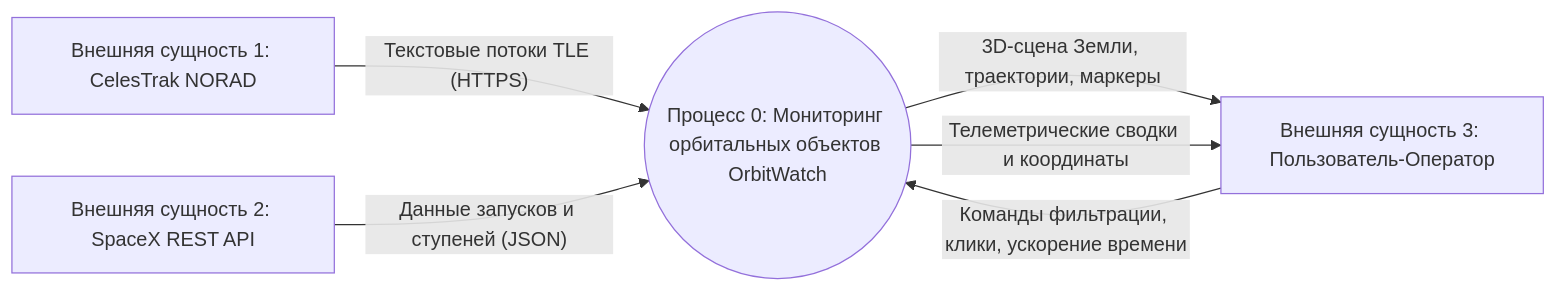
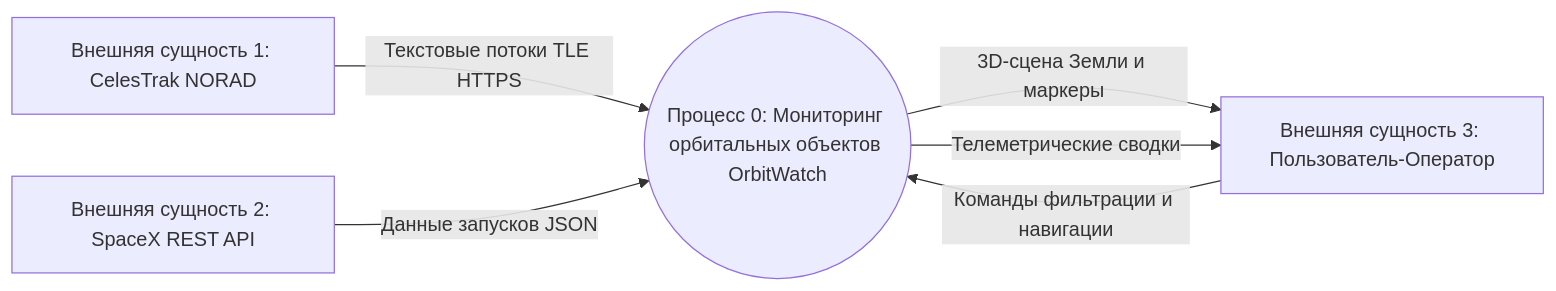
Before and after one commit to ajdan8017-pixel/OrbitWatch: the eighth of 9 diagrams in diagrams-overview.md, drawn with Mermaid. The commit also changed other lines of this file, not shown here.

````diff
--- a/diagrams-overview.md
+++ b/diagrams-overview.md
@@ -384,15 +384,15 @@
 ```mermaid
 graph LR
     CelesTrak[Внешняя сущность 1: CelesTrak NORAD]
     SpaceX[Внешняя сущность 2: SpaceX REST API]
     User[Внешняя сущность 3: Пользователь-Оператор]
     
     Sys((Процесс 0: Мониторинг орбитальных объектов OrbitWatch))
     
-    CelesTrak -- "Текстовые потоки TLE (HTTPS)" --> Sys
-    SpaceX -- "Данные запусков и ступеней (JSON)" --> Sys
-    User -- "Команды фильтрации, клики, ускорение времени" --> Sys
+    CelesTrak -->|Текстовые потоки TLE HTTPS| Sys
+    SpaceX -->|Данные запусков JSON| Sys
+    User -->|Команды фильтрации и навигации| Sys
     
-    Sys -- "3D-сцена Земли, траектории, маркеры" --> User
-    Sys -- "Телеметрические сводки и координаты" --> User
+    Sys -->|3D-сцена Земли и маркеры| User
+    Sys -->|Телеметрические сводки| User
 ```
````
